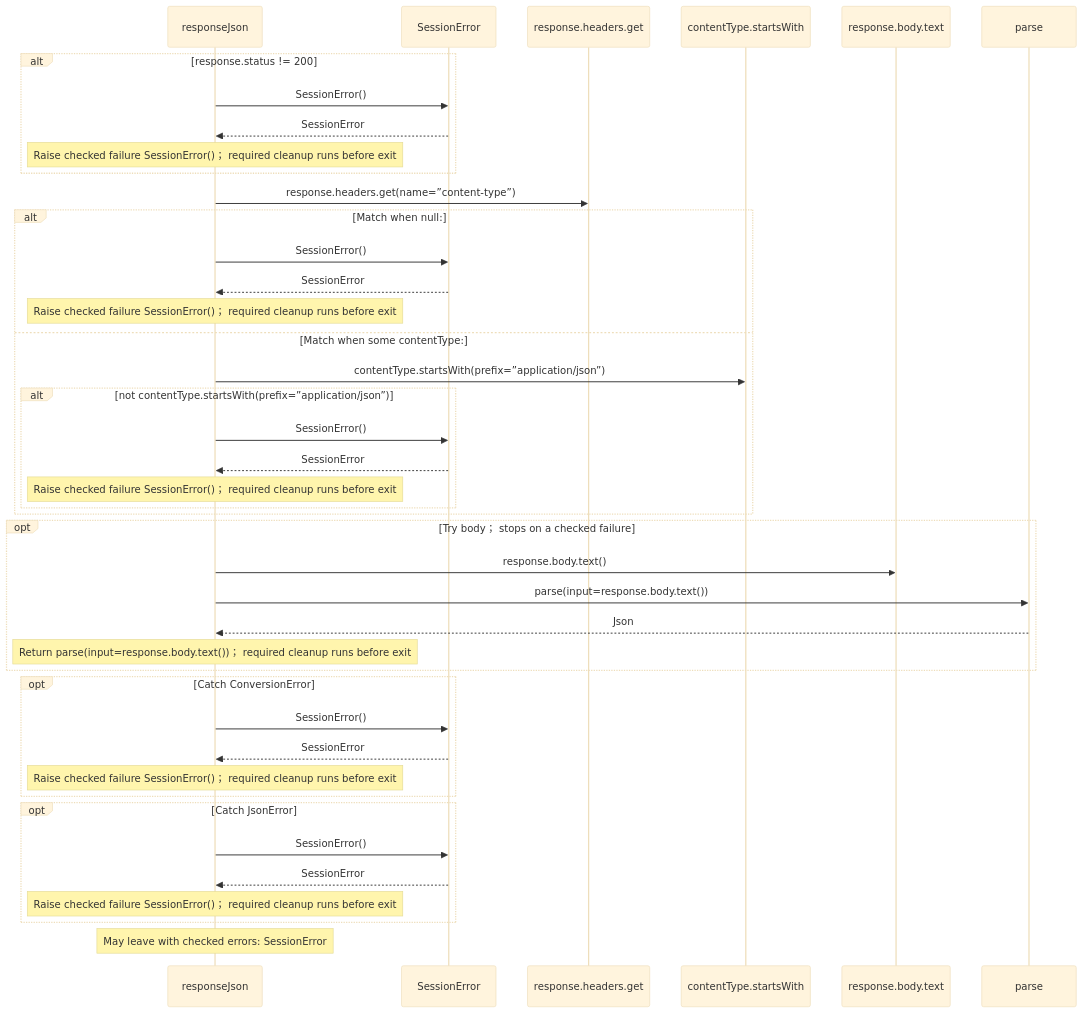
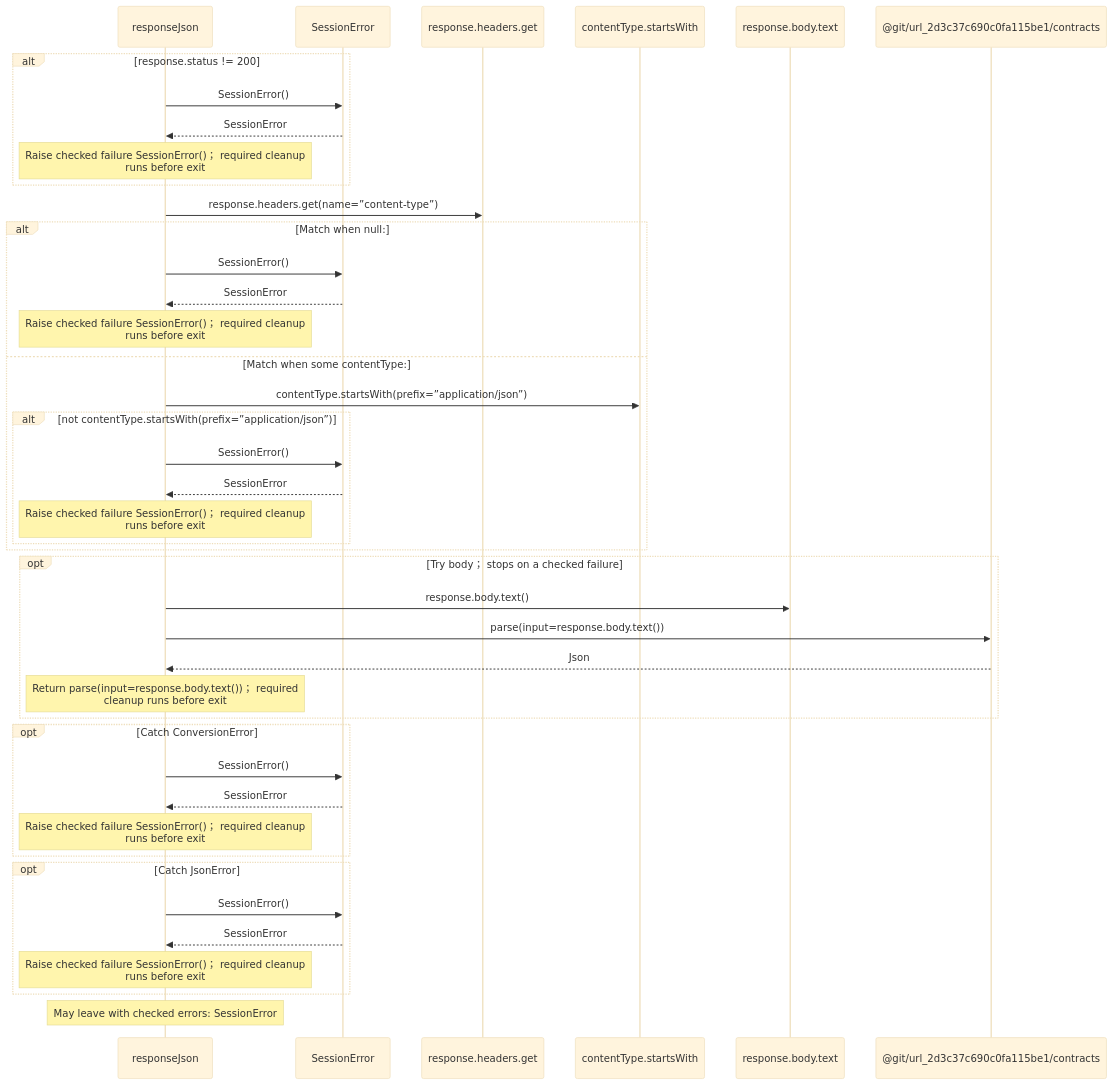
Before and after one commit to GreenPandaStudios/augscript: the third of 6 diagrams in docs/examples/oidc-login/client/protocol-diagrams.md, drawn with Mermaid (base theme). The commit also changed other lines of this file and 200 other files, not shown here.

Commit message:
Group imported operations and wrap readable sequence messages

````diff
--- a/docs/examples/oidc-login/client/protocol-diagrams.md
+++ b/docs/examples/oidc-login/client/protocol-diagrams.md
@@ -102,44 +102,44 @@
 ```mermaid
 sequenceDiagram
     participant p0 as responseJson
     participant p1 as SessionError
     participant p2 as response.headers.get
     participant p3 as contentType.startsWith
     participant p4 as response.body.text
-    participant p5 as parse
+    participant p5 as @git/url_2d3c37c690c0fa115be1/contracts
     alt response.status != 200
     p0->>p1: SessionError()
     p1-->>p0: SessionError
-    Note over p0: Raise checked failure SessionError()； required cleanup runs before exit
+    Note over p0: Raise checked failure SessionError()； required cleanup<br/>runs before exit
     end
     p0->>p2: response.headers.get(name=”content-type”)
     alt Match when null:
     p0->>p1: SessionError()
     p1-->>p0: SessionError
-    Note over p0: Raise checked failure SessionError()； required cleanup runs before exit
+    Note over p0: Raise checked failure SessionError()； required cleanup<br/>runs before exit
     else Match when some contentType:
     p0->>p3: contentType.startsWith(prefix=”application/json”)
     alt not contentType.startsWith(prefix=”application/json”)
     p0->>p1: SessionError()
     p1-->>p0: SessionError
-    Note over p0: Raise checked failure SessionError()； required cleanup runs before exit
+    Note over p0: Raise checked failure SessionError()； required cleanup<br/>runs before exit
     end
     end
     opt Try body； stops on a checked failure
     p0->>p4: response.body.text()
     p0->>p5: parse(input=response.body.text())
     p5-->>p0: Json
-    Note over p0: Return parse(input=response.body.text())； required cleanup runs before exit
+    Note over p0: Return parse(input=response.body.text())； required<br/>cleanup runs before exit
     end
     opt Catch ConversionError
     p0->>p1: SessionError()
     p1-->>p0: SessionError
-    Note over p0: Raise checked failure SessionError()； required cleanup runs before exit
+    Note over p0: Raise checked failure SessionError()； required cleanup<br/>runs before exit
     end
     opt Catch JsonError
     p0->>p1: SessionError()
     p1-->>p0: SessionError
-    Note over p0: Raise checked failure SessionError()； required cleanup runs before exit
+    Note over p0: Raise checked failure SessionError()； required cleanup<br/>runs before exit
     end
     Note over p0: May leave with checked errors: SessionError
 ```
````
